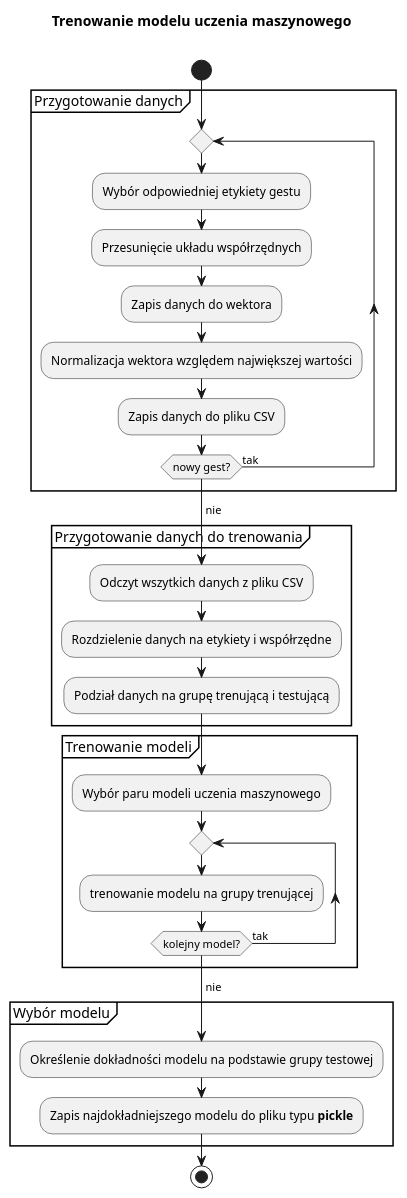
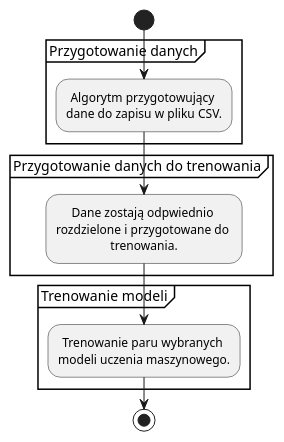
One commit to szymciem8/OpenLeap changed the diagram in Documentation/uml/training.plantuml. Above: the diagram before and after it, drawn with PlantUML. The commit also changed 22 other files, not shown here.

```diff
--- a/Documentation/uml/training.plantuml
+++ b/Documentation/uml/training.plantuml
@@ -1,39 +1,22 @@
 @startuml
 
-title Trenowanie modelu uczenia maszynowego\n
+skinparam defaultTextAlignment center
 
 start
 
 partition "Przygotowanie danych"{
-    repeat
-        :Wybór odpowiedniej etykiety gestu;
-        :Przesunięcie układu współrzędnych;
-        :Zapis danych do wektora;
-        :Normalizacja wektora względem największej wartości;
-        :Zapis danych do pliku CSV;
-    repeat while (nowy gest?) is (tak)
-    ->nie;
+:Algorytm przygotowujący \ndane do zapisu w pliku CSV.;
 }
 
 partition "Przygotowanie danych do trenowania"{
-    :Odczyt wszytkich danych z pliku CSV;
-    :Rozdzielenie danych na etykiety i współrzędne;
-    :Podział danych na grupę trenującą i testującą;
+:Dane zostają odpwiednio \nrozdzielone i przygotowane do \ntrenowania.;
 }
 
 partition "Trenowanie modeli"{
-    :Wybór paru modeli uczenia maszynowego;
-    repeat
-        :trenowanie modelu na grupy trenującej;
-    repeat while (kolejny model?) is (tak)
-    ->nie;
-}
-partition "Wybór modelu"{
-    :Określenie dokładności modelu na podstawie grupy testowej;
-    :Zapis najdokładniejszego modelu do pliku typu **pickle**;
+:Trenowanie paru wybranych \nmodeli uczenia maszynowego.;
 }
 
 
 stop
 
 @enduml
```
